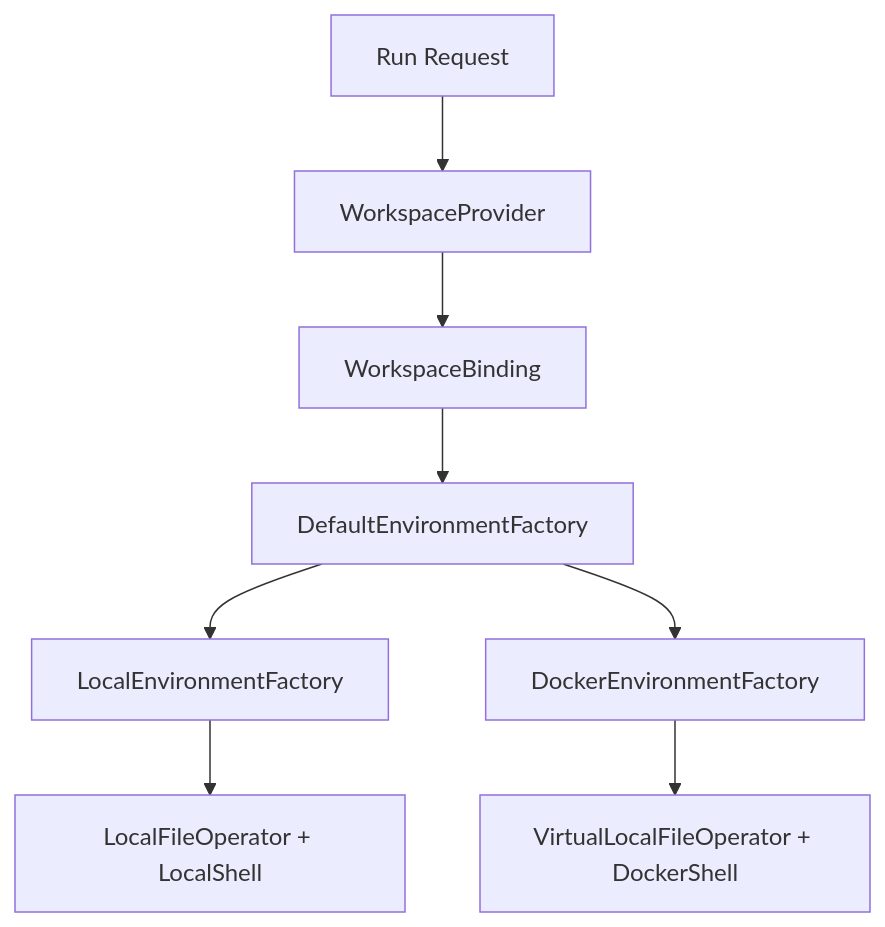
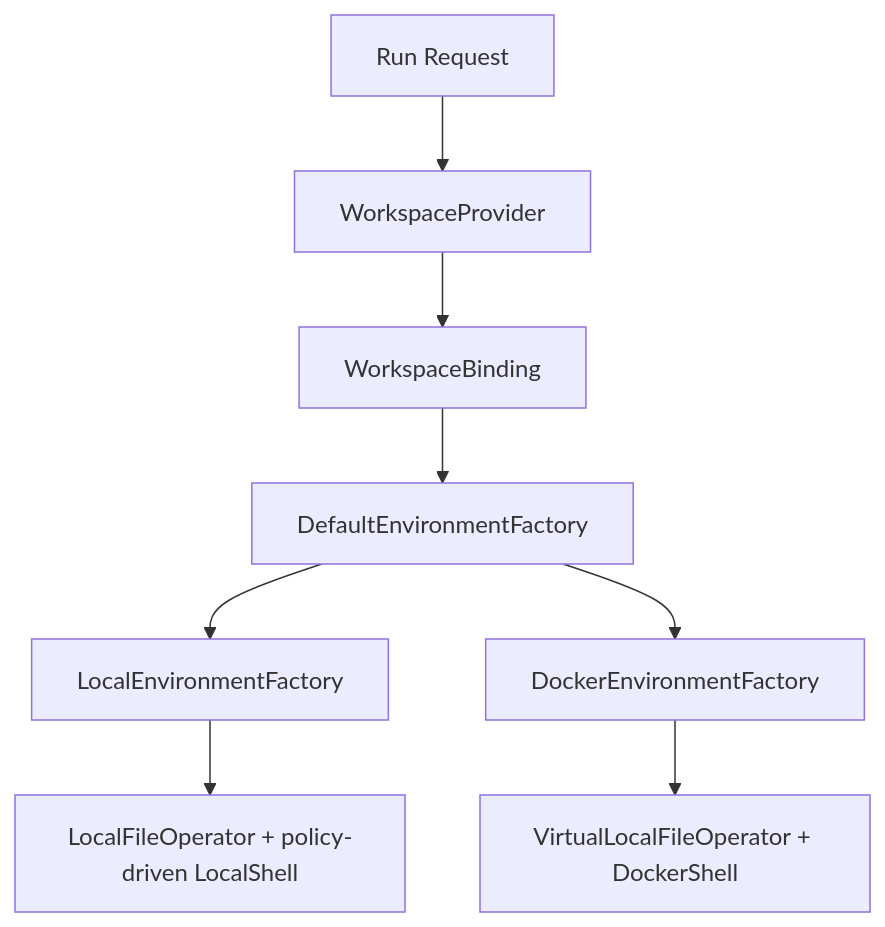
The diagram in skills/ya-claw-deploy/references/workspace-provider/overview.md (Alexsu26/ya-mono), drawn with Mermaid before and after one commit. The commit also changed 118 other files, not shown here.

First line of the commit message:
feat(shell): add opt-in local shell sandboxing (#267)

````diff
--- a/skills/ya-claw-deploy/references/workspace-provider/overview.md
+++ b/skills/ya-claw-deploy/references/workspace-provider/overview.md
@@ -34,10 +34,10 @@
 ```mermaid
 flowchart TB
     REQ["Run Request"] --> PROVIDER["WorkspaceProvider"]
     PROVIDER --> BIND["WorkspaceBinding"]
     BIND --> FACTORY["DefaultEnvironmentFactory"]
     FACTORY --> LOCAL["LocalEnvironmentFactory"]
     FACTORY --> DOCKER["DockerEnvironmentFactory"]
-    LOCAL --> LOCAL_ENV["LocalFileOperator + LocalShell"]
+    LOCAL --> LOCAL_ENV["LocalFileOperator + policy-driven LocalShell"]
     DOCKER --> DOCKER_ENV["VirtualLocalFileOperator + DockerShell"]
 ```
````
